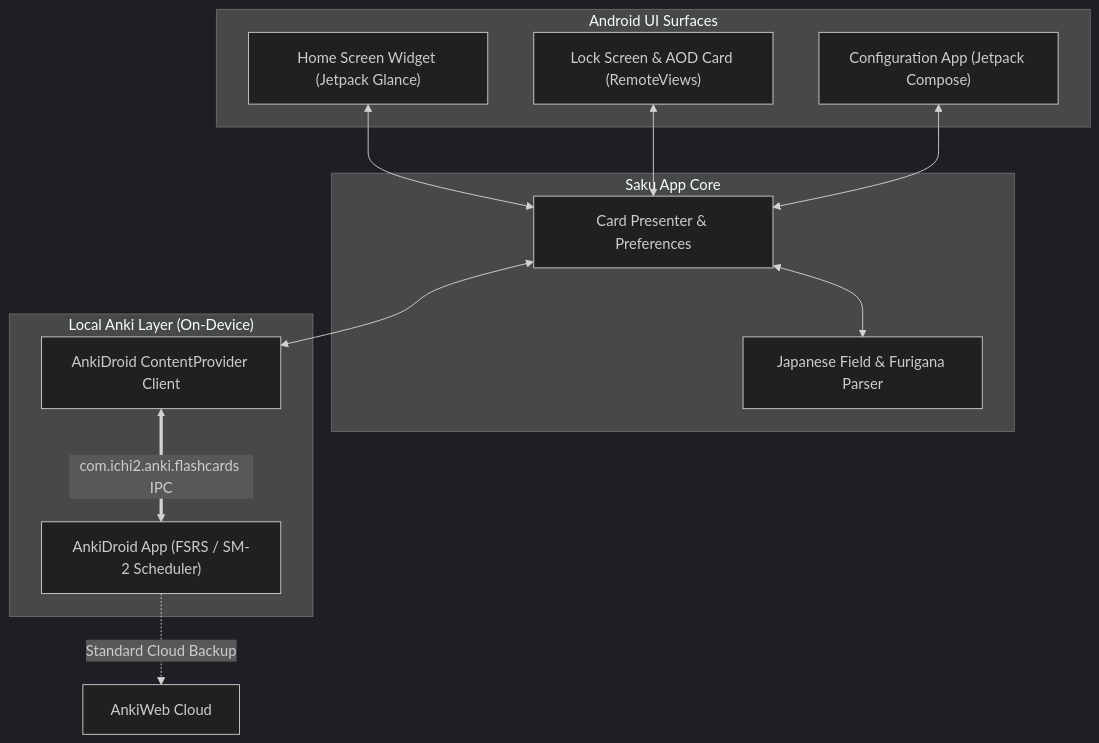
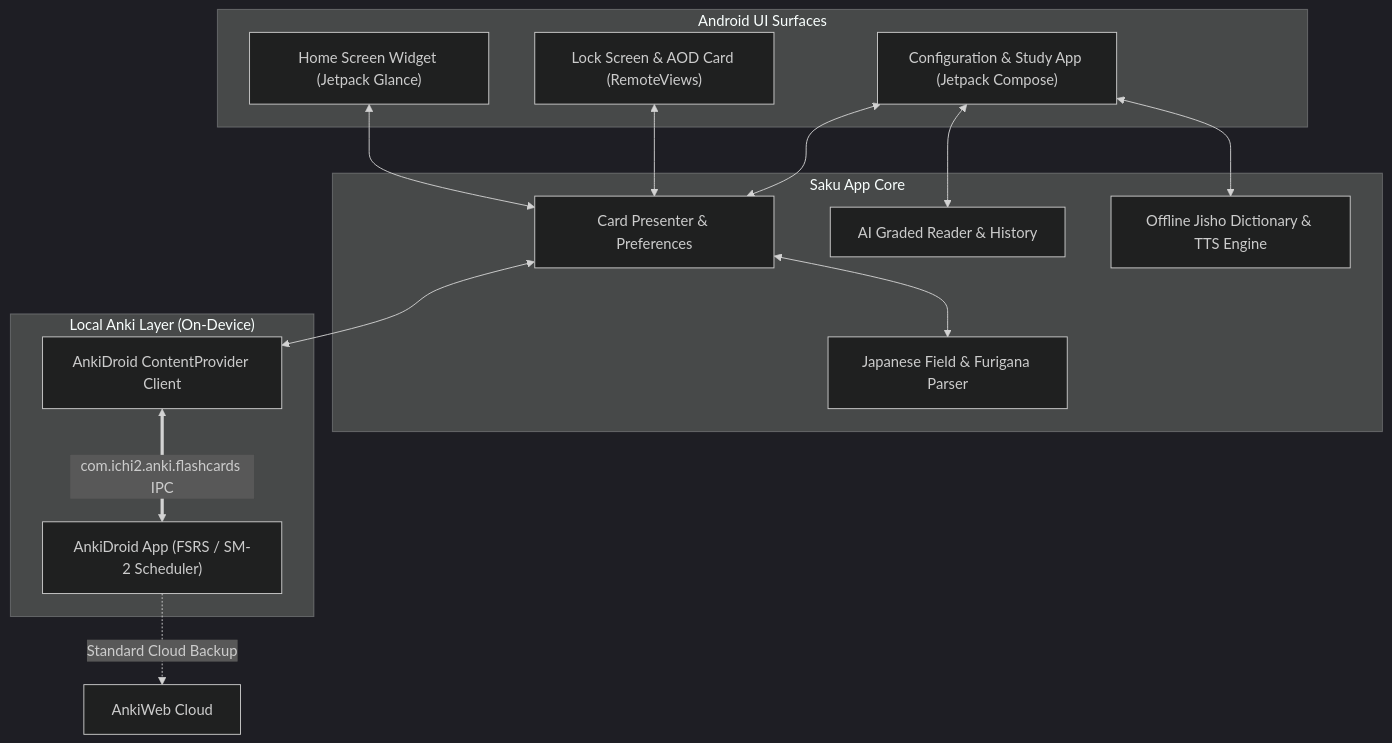
Before and after one commit to LiebeandSkye/saku: the diagram in README.md, drawn with Mermaid (dark theme). The commit also changed other lines of this file and 32 other files, not shown here.

````diff
--- a/README.md
+++ b/README.md
@@ -64,26 +77,30 @@
 ```mermaid
 graph TD
     subgraph UI_Surfaces["Android UI Surfaces"]
         HS["Home Screen Widget (Jetpack Glance)"]
         LS["Lock Screen & AOD Card (RemoteViews)"]
-        App["Configuration App (Jetpack Compose)"]
+        App["Configuration & Study App (Jetpack Compose)"]
     end
 
     subgraph Saku_Core["Saku App Core"]
         Engine["Card Presenter & Preferences"]
         Parser["Japanese Field & Furigana Parser"]
+        Reader["AI Graded Reader & History"]
+        Jisho["Offline Jisho Dictionary & TTS Engine"]
     end
 
     subgraph Anki_Layer["Local Anki Layer (On-Device)"]
         AnkiClient["AnkiDroid ContentProvider Client"]
         AnkiDroid["AnkiDroid App (FSRS / SM-2 Scheduler)"]
     end
 
     HS <--> Engine
     LS <--> Engine
     App <--> Engine
+    App <--> Reader
+    App <--> Jisho
     Engine <--> Parser
     Engine <--> AnkiClient
     AnkiClient <==>|com.ichi2.anki.flashcards IPC| AnkiDroid
     AnkiDroid -.->|Standard Cloud Backup| AnkiWeb["AnkiWeb Cloud"]
 ```
````
